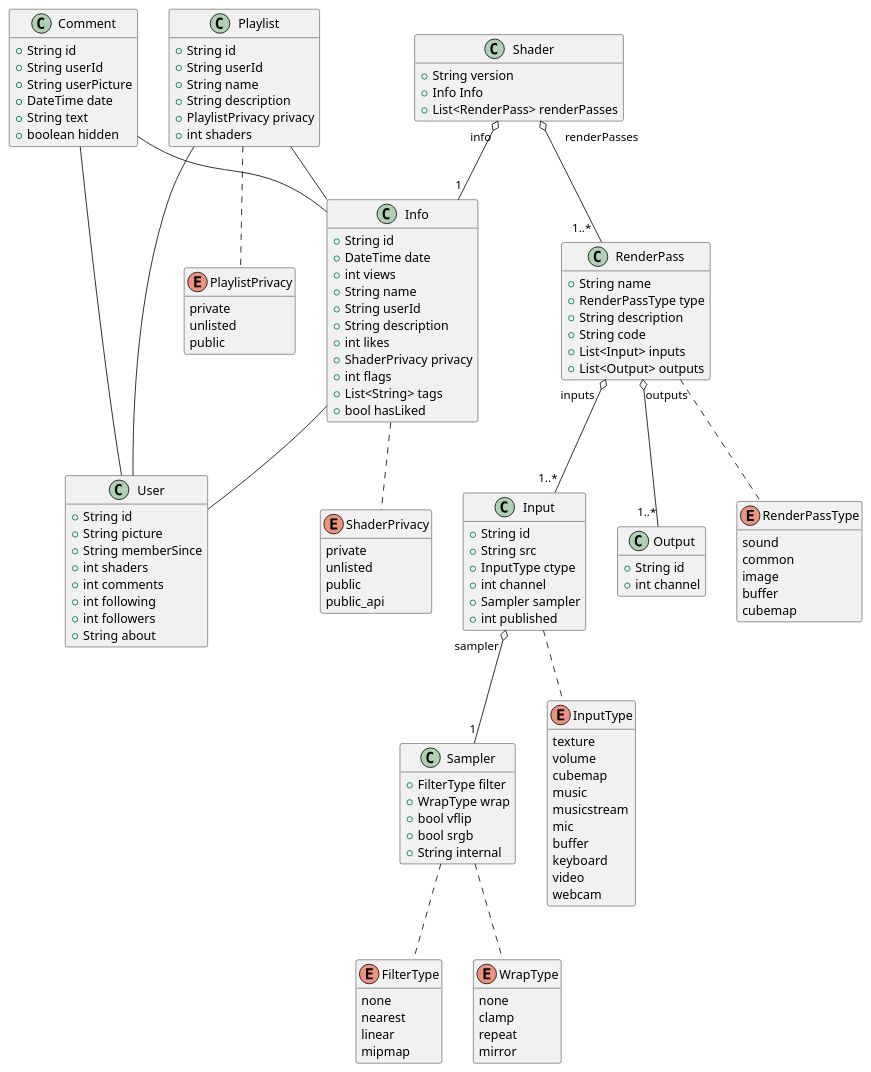
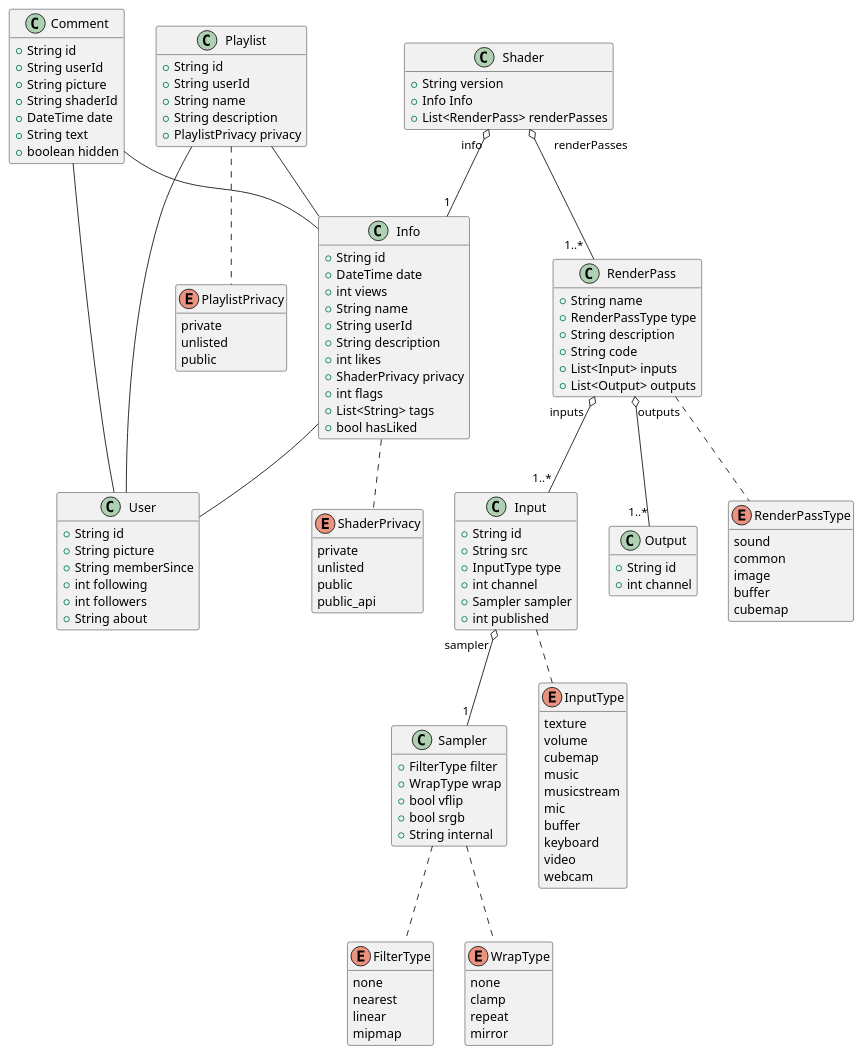
Before and after one commit to ivoleitao/shadertoy_api: the diagram in model.pu, drawn with PlantUML. The commit also changed 14 other files, not shown here.

```diff
--- a/model.pu
+++ b/model.pu
@@ -1,154 +1,152 @@
 @startuml model
 
 hide methods
 
 class User {
  +String id
  +String picture
  +String memberSince
- +int shaders
- +int comments 
  +int following
  +int followers
  +String about
 }
 
 class Comment {
     +String id
     +String userId
-    +String userPicture
+    +String picture
+    +String shaderId
     +DateTime date
     +String text
     +boolean hidden
 }
 
 enum ShaderPrivacy {
     private
     unlisted
     public
     public_api
 }
 
 class Info {
     +String id
     +DateTime date
     +int views 
     +String name
     +String userId
     +String description
     +int likes
     +ShaderPrivacy privacy
     +int flags
     +List<String> tags
     +bool hasLiked
 }
 
 enum FilterType {
     none
     nearest
     linear
     mipmap
 }
 
 enum WrapType {
     none
     clamp
     repeat
     mirror
 }
 
 class Sampler {
     +FilterType filter
     +WrapType wrap
     +bool vflip
     +bool srgb
     +String internal
 }
 
 enum InputType {
     texture
     volume
     cubemap
     music
     musicstream
     mic
     buffer
     keyboard
     video
     webcam
 }
 
 class Input {
     +String id
     +String src
-    +InputType ctype
+    +InputType type
     +int channel
     +Sampler sampler
     +int published
 }
 
 class Output {
     +String id
     +int channel
 }
 
 enum RenderPassType {
     sound
     common
     image
     buffer
     cubemap
 }
 
 class RenderPass {
     +String name
     +RenderPassType type
     +String description
     +String code
     +List<Input> inputs
     +List<Output> outputs
 
 }
 
 class Shader {
     +String version
     +Info Info
     +List<RenderPass> renderPasses
 }
 
 enum PlaylistPrivacy {
     private
     unlisted
     public
 }
 
 class Playlist {
     +String id
     +String userId
     +String name
     +String description
     +PlaylistPrivacy privacy
-    +int shaders
 }
 
 Info  .. ShaderPrivacy
 Sampler .. FilterType
 Sampler .. WrapType
 Input .. InputType
 RenderPass .. RenderPassType
 Playlist .. PlaylistPrivacy
 
 Shader "             info" o-- "1" Info
 Shader "     renderPasses" o-- "1..*  " RenderPass
 RenderPass "inputs  " o-- "1..*" Input
 RenderPass "outputs" o-- "1..*" Output
 Input "sampler " o-- "1" Sampler
 
 Info -- User
 Playlist -- Info
 Playlist -- User
 Comment -- Info
 Comment -- User
 
 
 @enduml
```
